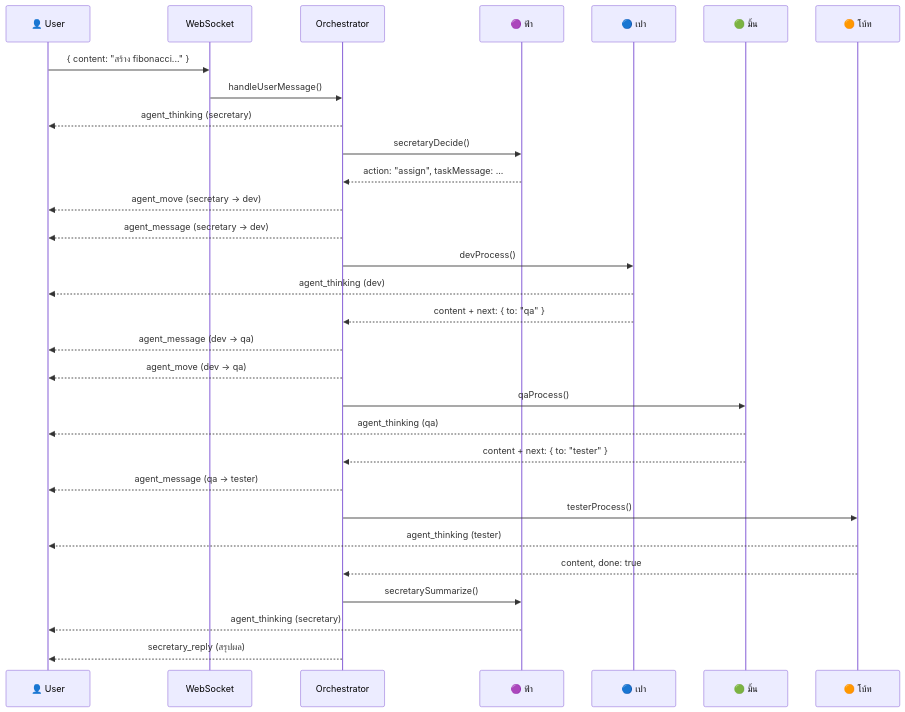
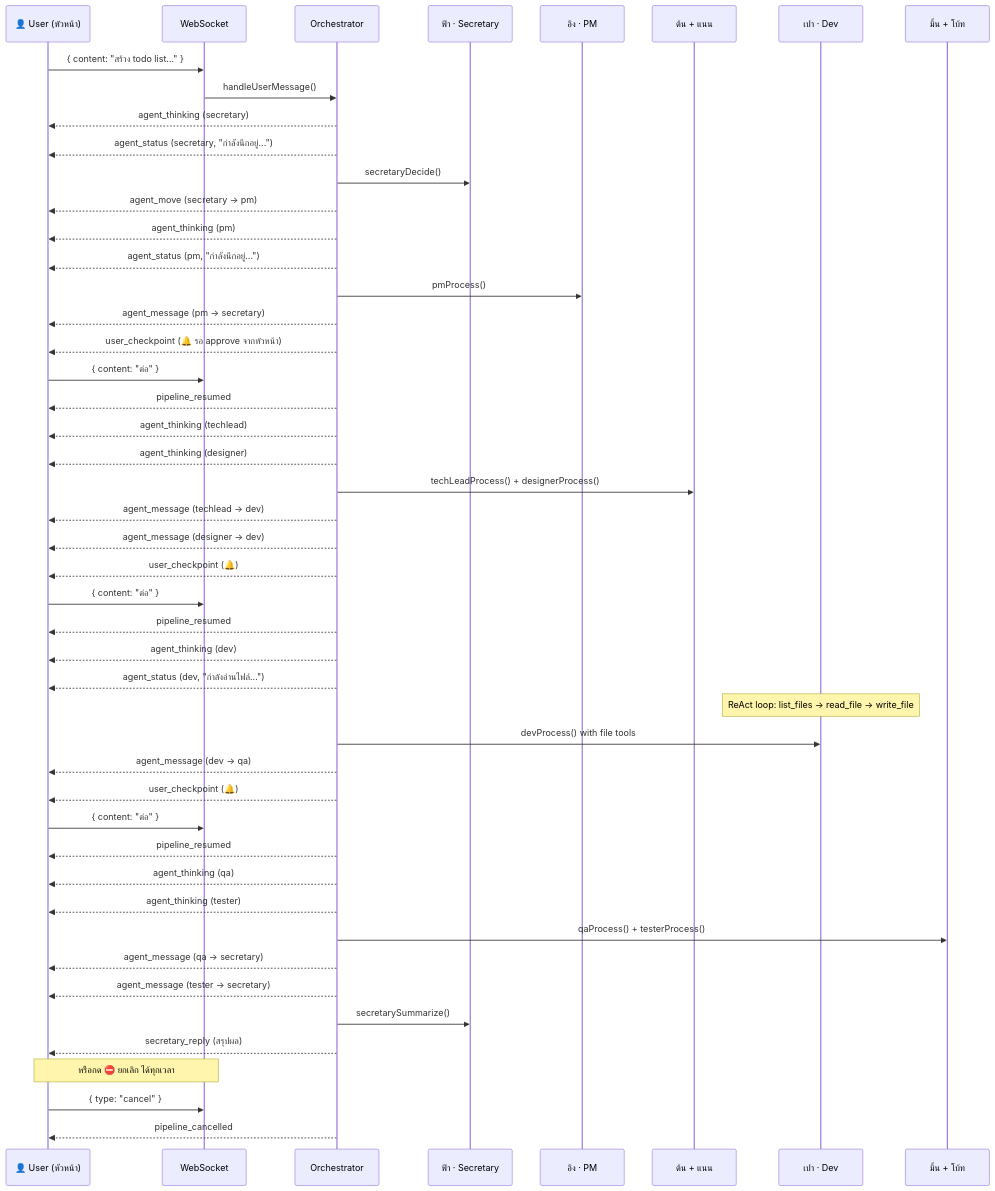
Before and after one commit to kyosuke11z/pixel-office: the third of 3 diagrams in README.md, drawn with Mermaid. The commit also changed other lines of this file, not shown here.

Commit message:
docs: update README with 7-agent architecture, new pipeline, WS events, features table

````diff
--- a/README.md
+++ b/README.md
@@ -101,39 +118,61 @@
 ```mermaid
 sequenceDiagram
-    participant U as 👤 User
+    participant U as 👤 User (หัวหน้า)
     participant WS as WebSocket
     participant Orch as Orchestrator
-    participant FA as 🟣 ฟ้า
-    participant PA as 🔵 เปา
-    participant MI as 🟢 มิ้น
-    participant BO as 🟠 โบ้ท
+    participant FA as ฟ้า · Secretary
+    participant IG as อิง · PM
+    participant TL as ต้น + แนน
+    participant PA as เปา · Dev
+    participant QT as มิ้น + โบ้ท
 
-    U->>WS: { content: "สร้าง fibonacci..." }
+    U->>WS: { content: "สร้าง todo list..." }
     WS->>Orch: handleUserMessage()
 
     Orch-->>U: agent_thinking (secretary)
+    Orch-->>U: agent_status (secretary, "กำลังนึกอยู่...")
     Orch->>FA: secretaryDecide()
-    FA-->>Orch: action: "assign", taskMessage: ...
 
-    Orch-->>U: agent_move (secretary → dev)
-    Orch-->>U: agent_message (secretary → dev)
-    Orch->>PA: devProcess()
+    Orch-->>U: agent_move (secretary → pm)
+    Orch-->>U: agent_thinking (pm)
+    Orch-->>U: agent_status (pm, "กำลังนึกอยู่...")
+    Orch->>IG: pmProcess()
+    Orch-->>U: agent_message (pm → secretary)
 
-    PA-->>U: agent_thinking (dev)
-    PA-->>Orch: content + next: { to: "qa" }
+    Orch-->>U: user_checkpoint (🔔 รอ approve จากหัวหน้า)
+    U->>WS: { content: "ต่อ" }
+    Orch-->>U: pipeline_resumed
+
+    Orch-->>U: agent_thinking (techlead)
+    Orch-->>U: agent_thinking (designer)
+    Orch->>TL: techLeadProcess() + designerProcess()
+    Orch-->>U: agent_message (techlead → dev)
+    Orch-->>U: agent_message (designer → dev)
+
+    Orch-->>U: user_checkpoint (🔔)
+    U->>WS: { content: "ต่อ" }
+    Orch-->>U: pipeline_resumed
+
+    Orch-->>U: agent_thinking (dev)
+    Orch-->>U: agent_status (dev, "กำลังอ่านไฟล์...")
+    Note over PA: ReAct loop: list_files → read_file → write_file
+    Orch->>PA: devProcess() with file tools
     Orch-->>U: agent_message (dev → qa)
-    Orch-->>U: agent_move (dev → qa)
 
-    Orch->>MI: qaProcess()
-    MI-->>U: agent_thinking (qa)
-    MI-->>Orch: content + next: { to: "tester" }
-    Orch-->>U: agent_message (qa → tester)
+    Orch-->>U: user_checkpoint (🔔)
+    U->>WS: { content: "ต่อ" }
+    Orch-->>U: pipeline_resumed
 
-    Orch->>BO: testerProcess()
-    BO-->>U: agent_thinking (tester)
-    BO-->>Orch: content, done: true
+    Orch-->>U: agent_thinking (qa)
+    Orch-->>U: agent_thinking (tester)
+    Orch->>QT: qaProcess() + testerProcess()
+    Orch-->>U: agent_message (qa → secretary)
+    Orch-->>U: agent_message (tester → secretary)
 
     Orch->>FA: secretarySummarize()
-    FA-->>U: agent_thinking (secretary)
     Orch-->>U: secretary_reply (สรุปผล)
+
+    Note over U,WS: หรือกด ⛔ ยกเลิก ได้ทุกเวลา
+    U->>WS: { type: "cancel" }
+    Orch-->>U: pipeline_cancelled
 ```
````
